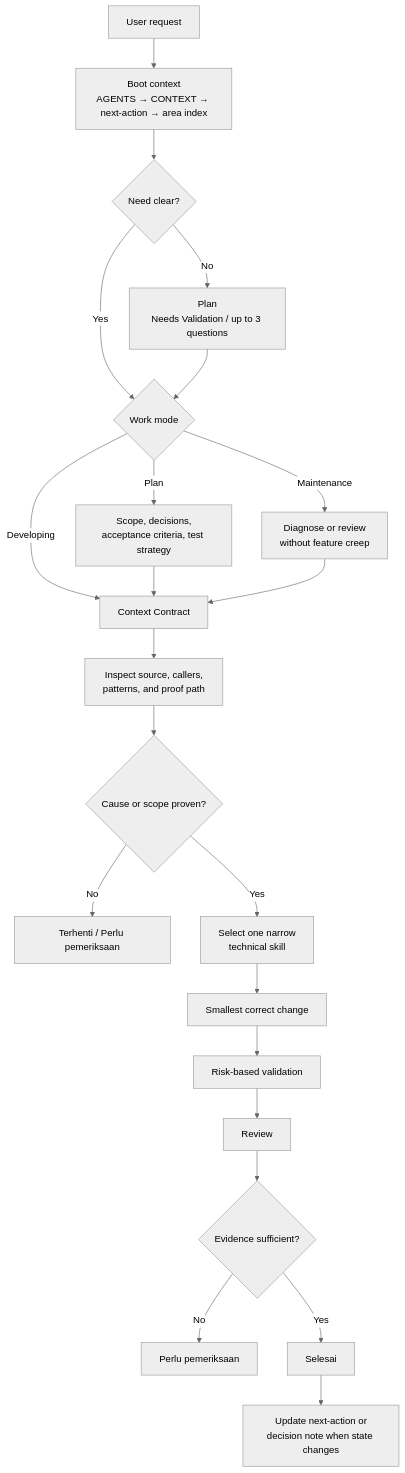
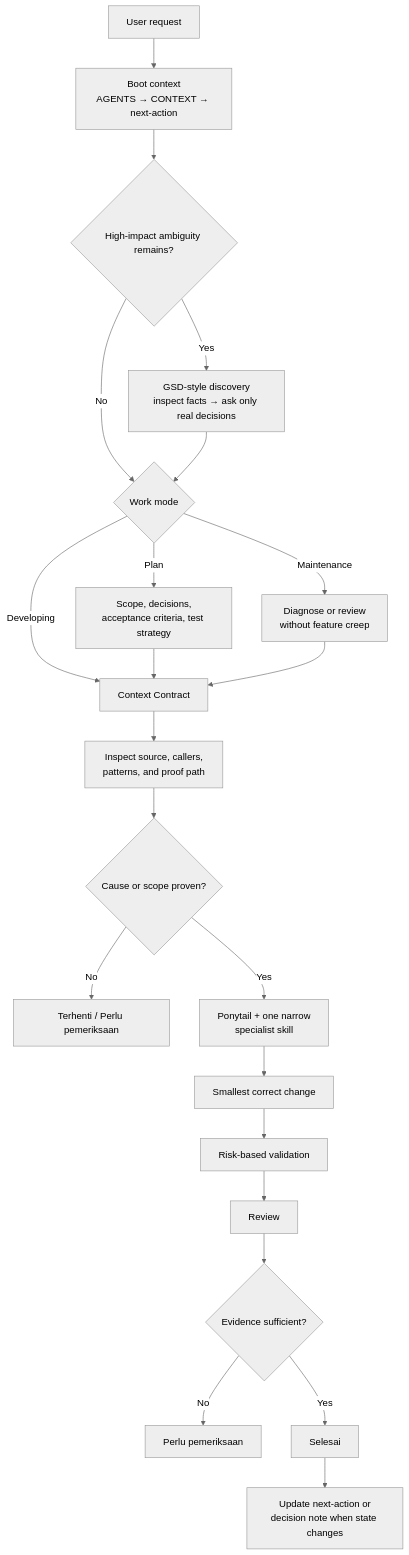
One commit to halokaryamedia-source/BuildIT changed the diagram in docs/knowledge/flow.md. Above: the diagram before and after it, drawn with Mermaid (neutral theme). The commit also changed other lines of this file and 6 other files, not shown here.

````diff
--- a/docs/knowledge/flow.md
+++ b/docs/knowledge/flow.md
@@ -9,24 +9,24 @@
 ```mermaid
 flowchart TD
-    A[User request] --> B[Boot context<br/>AGENTS → CONTEXT → next-action → area index]
-    B --> C{Need clear?}
-    C -- No --> D[Plan<br/>Needs Validation / up to 3 questions]
-    C -- Yes --> E{Work mode}
+    A[User request] --> B[Boot context<br/>AGENTS → CONTEXT → next-action]
+    B --> C{High-impact ambiguity remains?}
+    C -- Yes --> D[GSD-style discovery<br/>inspect facts → ask only real decisions]
+    C -- No --> E{Work mode}
     D --> E
     E -->|Plan| F[Scope, decisions,<br/>acceptance criteria, test strategy]
     E -->|Developing| G[Context Contract]
     E -->|Maintenance| H[Diagnose or review<br/>without feature creep]
     F --> G
     H --> G
     G --> I[Inspect source, callers,<br/>patterns, and proof path]
     I --> J{Cause or scope proven?}
     J -- No --> K[Terhenti / Perlu pemeriksaan]
-    J -- Yes --> L[Select one narrow<br/>technical skill]
+    J -- Yes --> L[Ponytail + one narrow<br/>specialist skill]
     L --> M[Smallest correct change]
     M --> N[Risk-based validation]
     N --> O[Review]
     O --> P{Evidence sufficient?}
     P -- No --> Q[Perlu pemeriksaan]
     P -- Yes --> R[Selesai]
     R --> S[Update next-action or<br/>decision note when state changes]
 ```
````
